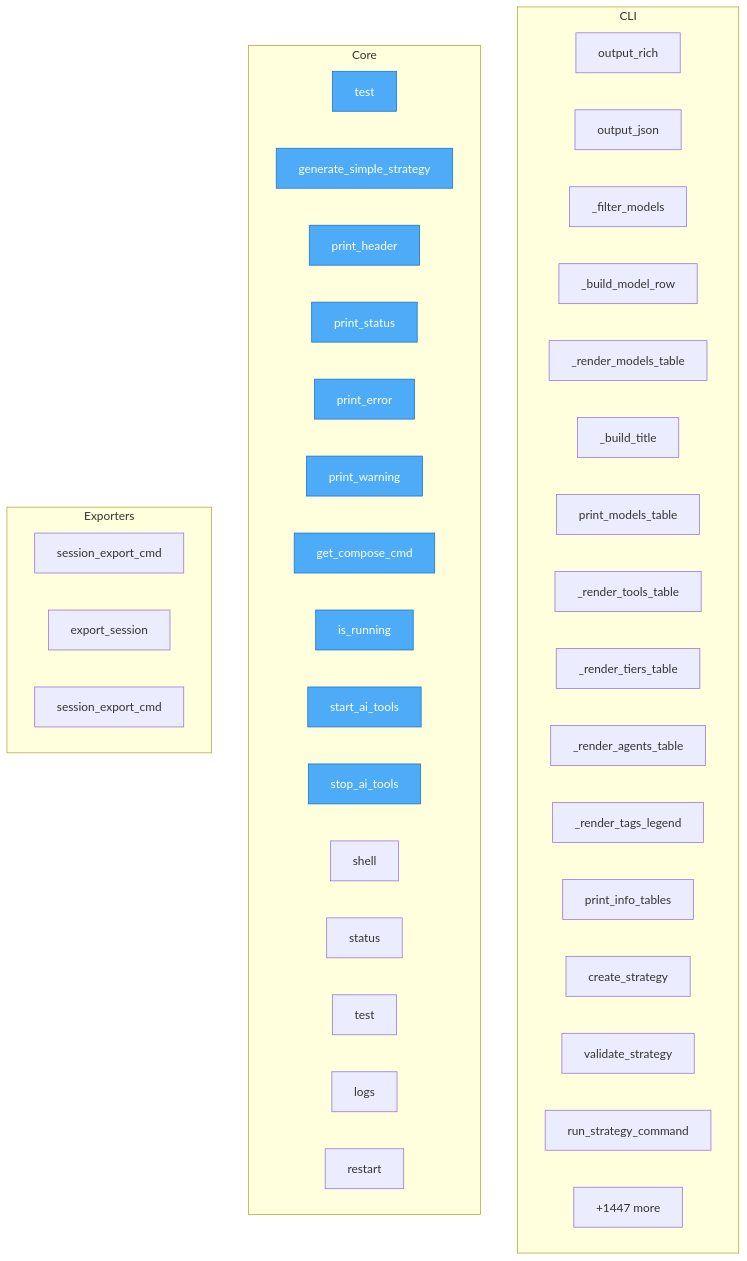
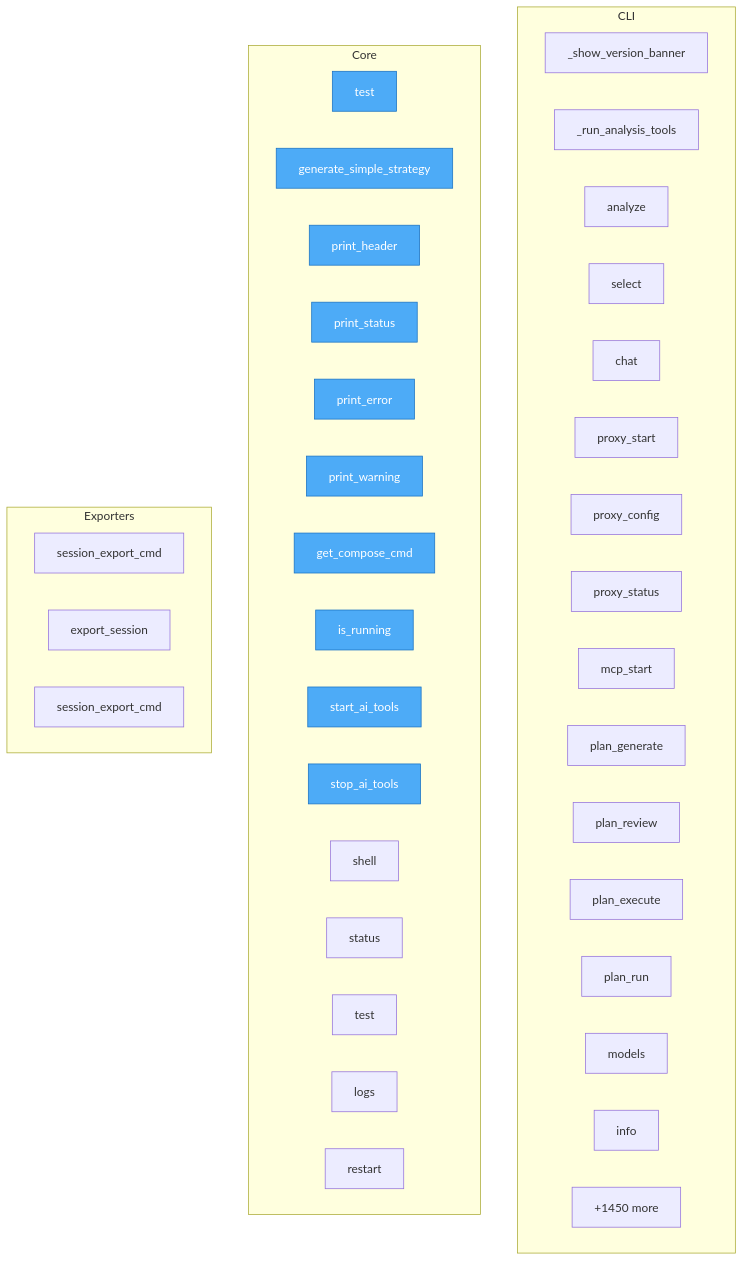
Before and after one commit to semcod/llx: the diagram in project/flow.mmd, drawn with Mermaid. The commit also changed 28 other files, not shown here.

```diff
--- a/project/flow.mmd
+++ b/project/flow.mmd
@@ -1,50 +1,50 @@
 flowchart TD
 
     %% Entry points (blue)
     classDef entry fill:#4dabf7,stroke:#1971c2,color:#fff
 
     subgraph CLI
-        llx__cli__formatters__output_rich["output_rich"]
-        llx__cli__formatters__output_json["output_json"]
-        llx__cli__formatters___filter_models["_filter_models"]
-        llx__cli__formatters___build_model_row["_build_model_row"]
-        llx__cli__formatters___render_models_table["_render_models_table"]
-        llx__cli__formatters___build_title["_build_title"]
-        llx__cli__formatters__print_models_table["print_models_table"]
-        llx__cli__formatters___render_tools_table["_render_tools_table"]
-        llx__cli__formatters___render_tiers_table["_render_tiers_table"]
-        llx__cli__formatters___render_agents_table["_render_agents_table"]
-        llx__cli__formatters___render_tags_legend["_render_tags_legend"]
-        llx__cli__formatters__print_info_tables["print_info_tables"]
-        llx__cli__strategy_commands__create_strategy["create_strategy"]
-        llx__cli__strategy_commands__validate_strategy["validate_strategy"]
-        llx__cli__strategy_commands__run_strategy_command["run_strategy_command"]
+        llx__cli__app___show_version_banner["_show_version_banner"]
+        llx__cli__app___run_analysis_tools["_run_analysis_tools"]
+        llx__cli__app__analyze["analyze"]
+        llx__cli__app__select["select"]
+        llx__cli__app__chat["chat"]
+        llx__cli__app__proxy_start["proxy_start"]
+        llx__cli__app__proxy_config["proxy_config"]
+        llx__cli__app__proxy_status["proxy_status"]
+        llx__cli__app__mcp_start["mcp_start"]
+        llx__cli__app__plan_generate["plan_generate"]
+        llx__cli__app__plan_review["plan_review"]
+        llx__cli__app__plan_execute["plan_execute"]
+        llx__cli__app__plan_run["plan_run"]
+        llx__cli__app__models["models"]
+        llx__cli__app__info["info"]
         ...["+31 more"]
     end
 
     subgraph Core
         trace__test["test"]
         simple_generate__generate_simple_strategy["generate_simple_strategy"]
         ai_tools_manage__print_header["print_header"]
         ai_tools_manage__print_status["print_status"]
         ai_tools_manage__print_error["print_error"]
         ai_tools_manage__print_warning["print_warning"]
         ai_tools_manage__get_compose_cmd["get_compose_cmd"]
         ai_tools_manage__is_running["is_running"]
         ai_tools_manage__start_ai_tools["start_ai_tools"]
         ai_tools_manage__stop_ai_tools["stop_ai_tools"]
         ai_tools_manage__shell["shell"]
         ai_tools_manage__status["status"]
         ai_tools_manage__test["test"]
         ai_tools_manage__logs["logs"]
         ai_tools_manage__restart["restart"]
-        ...["+1447 more"]
+        ...["+1450 more"]
     end
 
     subgraph Exporters
         llx__prellm__cli__session_export_cmd["session_export_cmd"]
         llx__prellm__context__user_memory__UserMemory__export_session["export_session"]
         project__map__toon__session_export_cmd["session_export_cmd"]
     end
 
     class trace__test,simple_generate__generate_simple_strategy,ai_tools_manage__print_header,ai_tools_manage__print_status,ai_tools_manage__print_error,ai_tools_manage__print_warning,ai_tools_manage__get_compose_cmd,ai_tools_manage__is_running,ai_tools_manage__start_ai_tools,ai_tools_manage__stop_ai_tools entry
```
